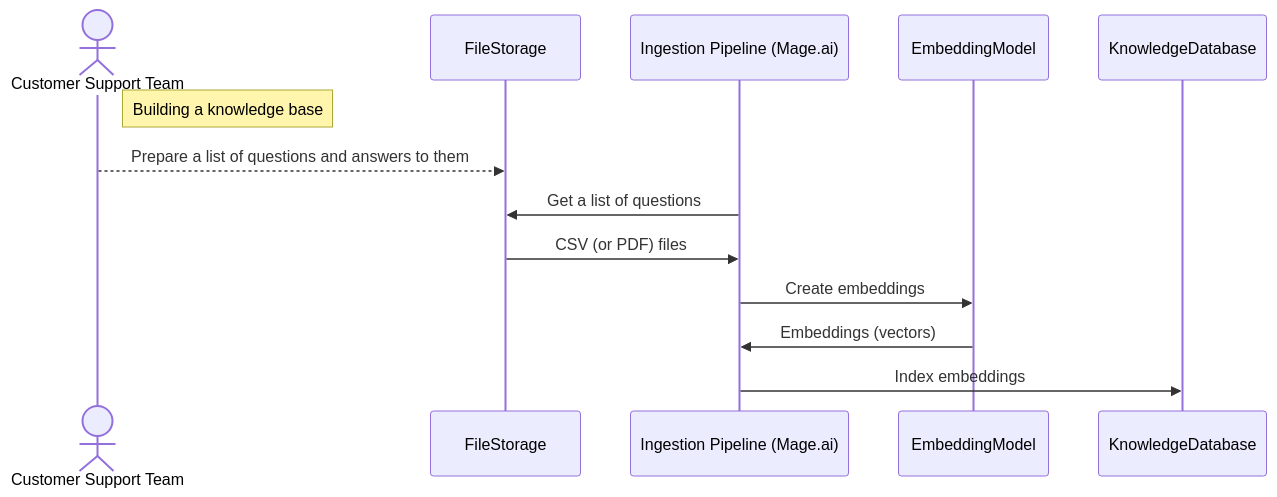
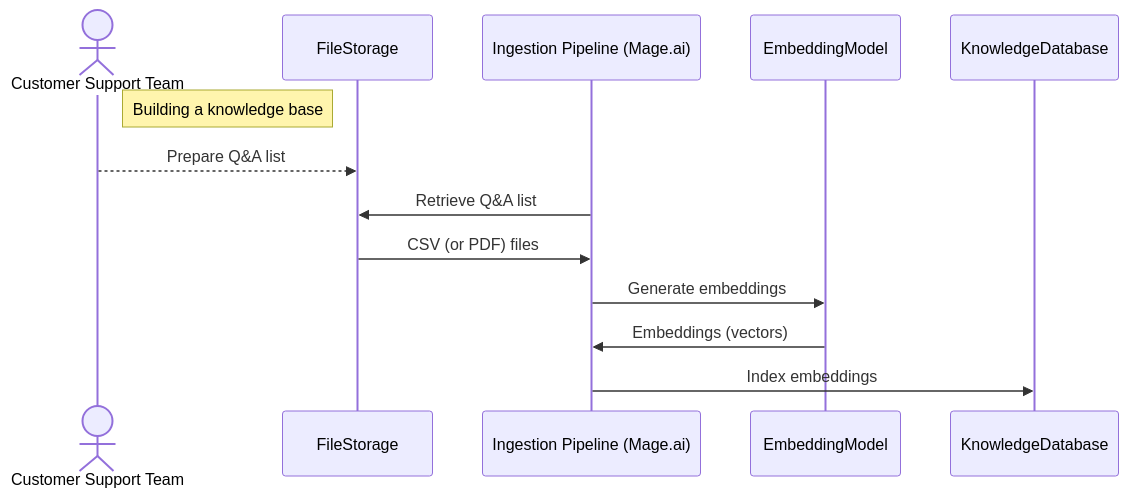
The second of 2 diagrams in readme.md (ArkadiyShuvaev/llm-zoomcamp-smart-mail), drawn with Mermaid before and after one commit. The commit also changed other lines of this file, not shown here.

````diff
--- a/readme.md
+++ b/readme.md
@@ -128,12 +117,12 @@
-    ```mermaid
-    sequenceDiagram
-        actor CustomerSupportTeam as Customer Support Team
-        note right of CustomerSupportTeam: Building a knowledge base
-        CustomerSupportTeam-->>FileStorage: Prepare a list of questions and answers to them
-        participant IngestionPipeline as Ingestion Pipeline (Mage.ai)
-        IngestionPipeline->>FileStorage: Get a list of questions
-        FileStorage->>IngestionPipeline: CSV (or PDF) files
-        IngestionPipeline->>EmbeddingModel: Create embeddings
-        EmbeddingModel->>IngestionPipeline: Embeddings (vectors)
-        IngestionPipeline->>KnowledgeDatabase: Index embeddings
-    ```
+  ```mermaid
+  sequenceDiagram
+      actor CustomerSupportTeam as Customer Support Team
+      note right of CustomerSupportTeam: Building a knowledge base
+      CustomerSupportTeam-->>FileStorage: Prepare Q&A list
+      participant IngestionPipeline as Ingestion Pipeline (Mage.ai)
+      IngestionPipeline->>FileStorage: Retrieve Q&A list
+      FileStorage->>IngestionPipeline: CSV (or PDF) files
+      IngestionPipeline->>EmbeddingModel: Generate embeddings
+      EmbeddingModel->>IngestionPipeline: Embeddings (vectors)
+      IngestionPipeline->>KnowledgeDatabase: Index embeddings
+  ```
````
